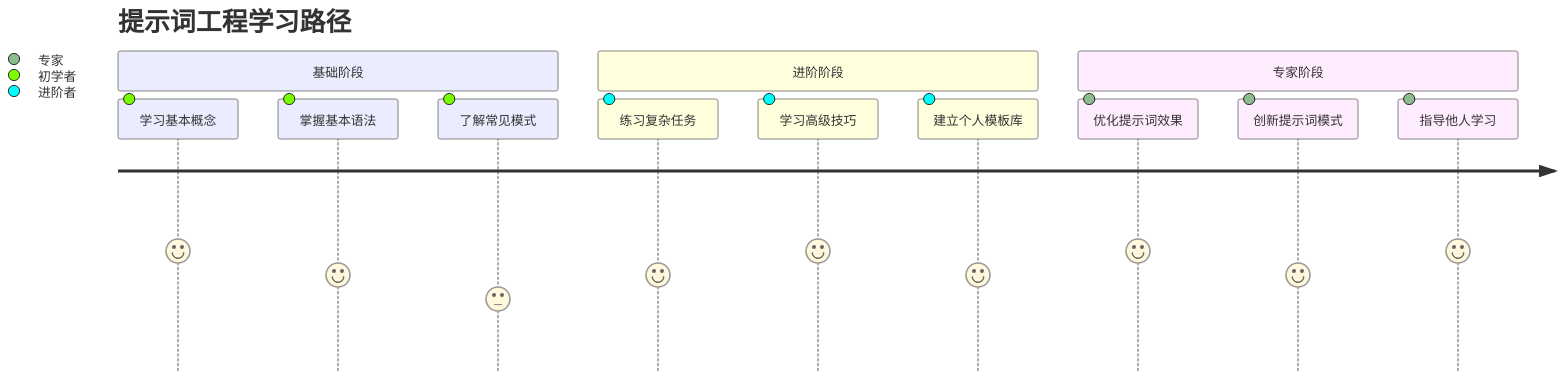
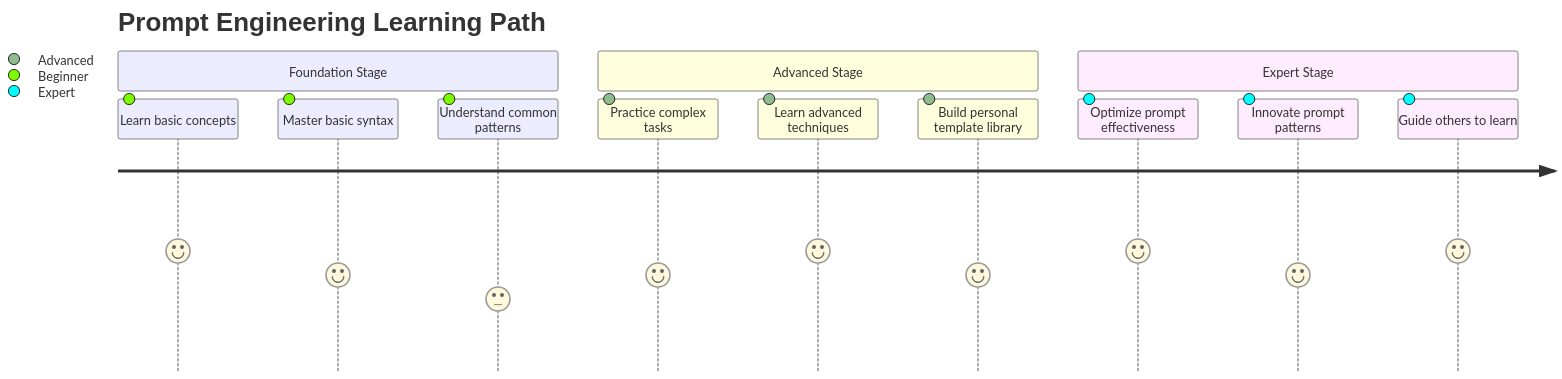
The seventh of 7 diagrams in versioned_docs/version-2024-winter/basics/prompt-engineering.mdx (ChanMeng666/ai-programming-teaching-project), drawn with Mermaid before and after one commit. The commit also changed other lines of this file and 472 other files, not shown here.

````diff
--- a/versioned_docs/version-2024-winter/basics/prompt-engineering.mdx
+++ b/versioned_docs/version-2024-winter/basics/prompt-engineering.mdx
@@ -338,16 +387,16 @@
 ```mermaid
 journey
-    title 提示词工程学习路径
-    section 基础阶段
-      学习基本概念: 5: 初学者
-      掌握基本语法: 4: 初学者
-      了解常见模式: 3: 初学者
-    section 进阶阶段
-      练习复杂任务: 4: 进阶者
-      学习高级技巧: 5: 进阶者
-      建立个人模板库: 4: 进阶者
-    section 专家阶段
-      优化提示词效果: 5: 专家
-      创新提示词模式: 4: 专家
-      指导他人学习: 5: 专家
+    title Prompt Engineering Learning Path
+    section Foundation Stage
+      Learn basic concepts: 5: Beginner
+      Master basic syntax: 4: Beginner
+      Understand common patterns: 3: Beginner
+    section Advanced Stage
+      Practice complex tasks: 4: Advanced
+      Learn advanced techniques: 5: Advanced
+      Build personal template library: 4: Advanced
+    section Expert Stage
+      Optimize prompt effectiveness: 5: Expert
+      Innovate prompt patterns: 4: Expert
+      Guide others to learn: 5: Expert
 ```
````
